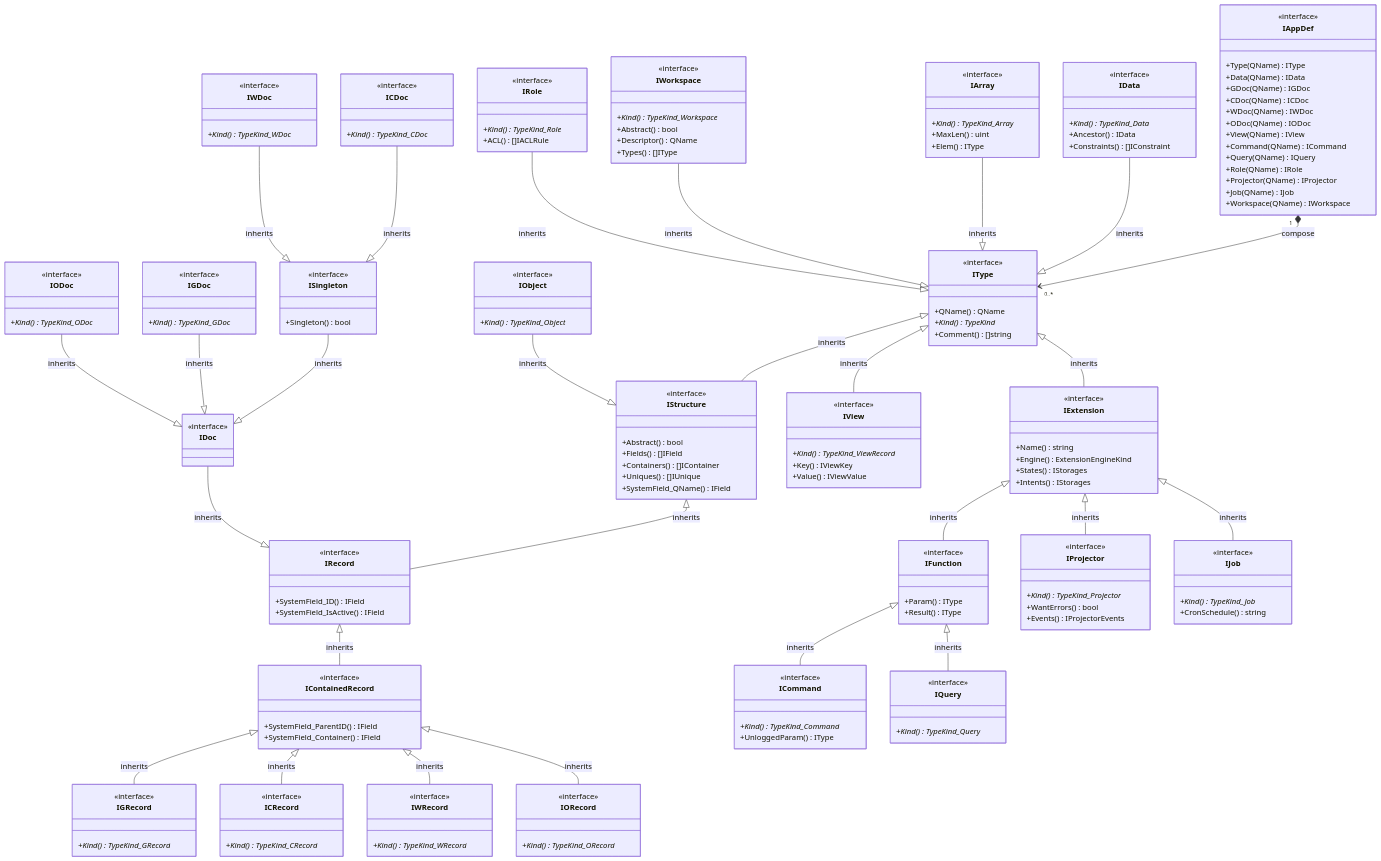
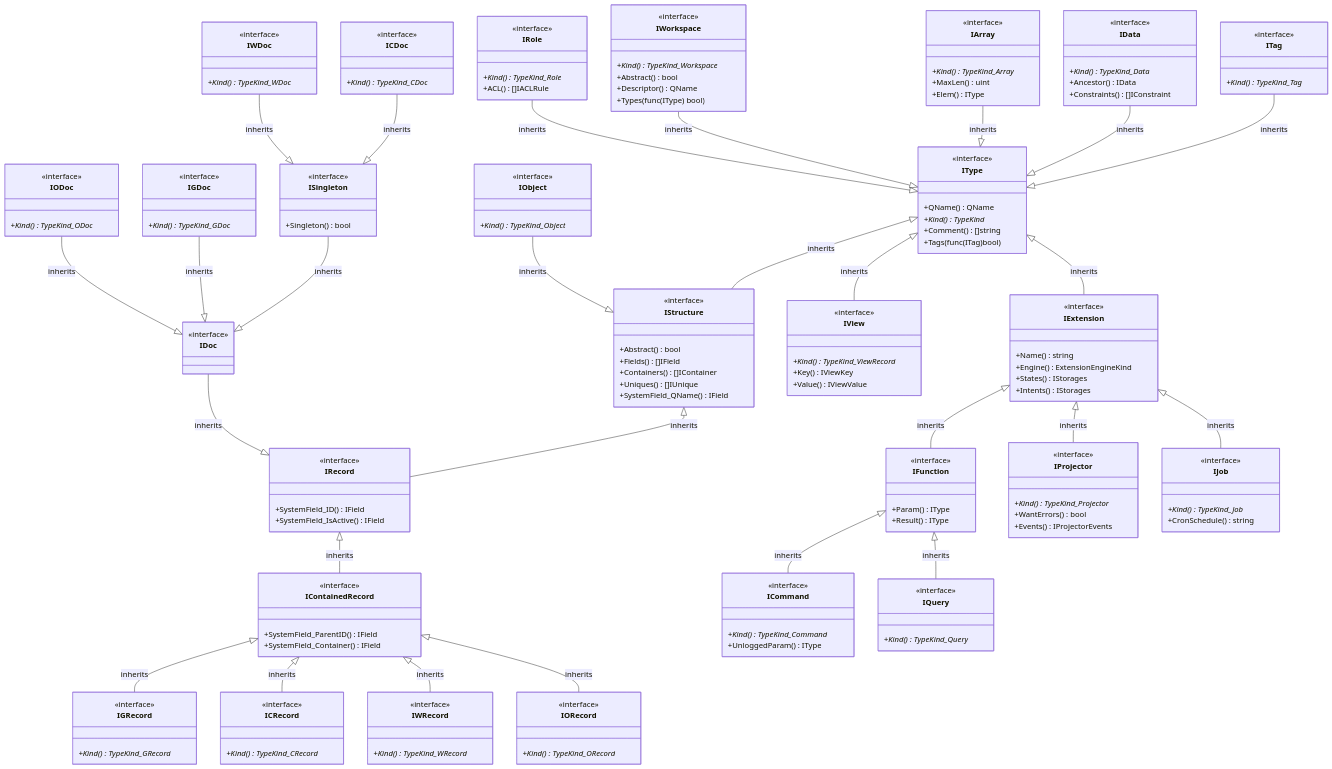
The first of 9 diagrams in pkg/appdef/README.md (voedger/voedger), drawn with Mermaid before and after one commit. The commit also changed other lines of this file, not shown here.

````diff
--- a/pkg/appdef/README.md
+++ b/pkg/appdef/README.md
@@ -9,28 +9,17 @@
 ```mermaid
 classDiagram
-    class IAppDef {
-        <<interface>>
-        +Type(QName) IType
-        +Data(QName) IData
-        +GDoc(QName) IGDoc
-        +CDoc(QName) ICDoc
-        +WDoc(QName) IWDoc
-        +ODoc(QName) IODoc
-        +View(QName) IView
-        +Command(QName) ICommand
-        +Query(QName) IQuery
-        +Role(QName) IRole
-        +Projector(QName) IProjector
-        +Job(QName) IJob
-        +Workspace(QName) IWorkspace
-    }
-    IAppDef "1" *--> "0..*" IType : compose
-
     class IType {
         <<interface>>
         +QName() QName
         +Kind()* TypeKind
         +Comment() []string
+        +Tags(func(ITag)bool)
+    }
+
+    ITag --|> IType : inherits
+    class ITag {
+        <<interface>>
+        +Kind()* TypeKind_Tag
     }
 
     IData --|> IType : inherits
@@ -196,7 +185,7 @@
         +Kind()* TypeKind_Workspace
         +Abstract() bool
         +Descriptor() QName
-        +Types() []IType
+        +Types(func(IType) bool)
     }
 
     IRole --|> IType : inherits
````
